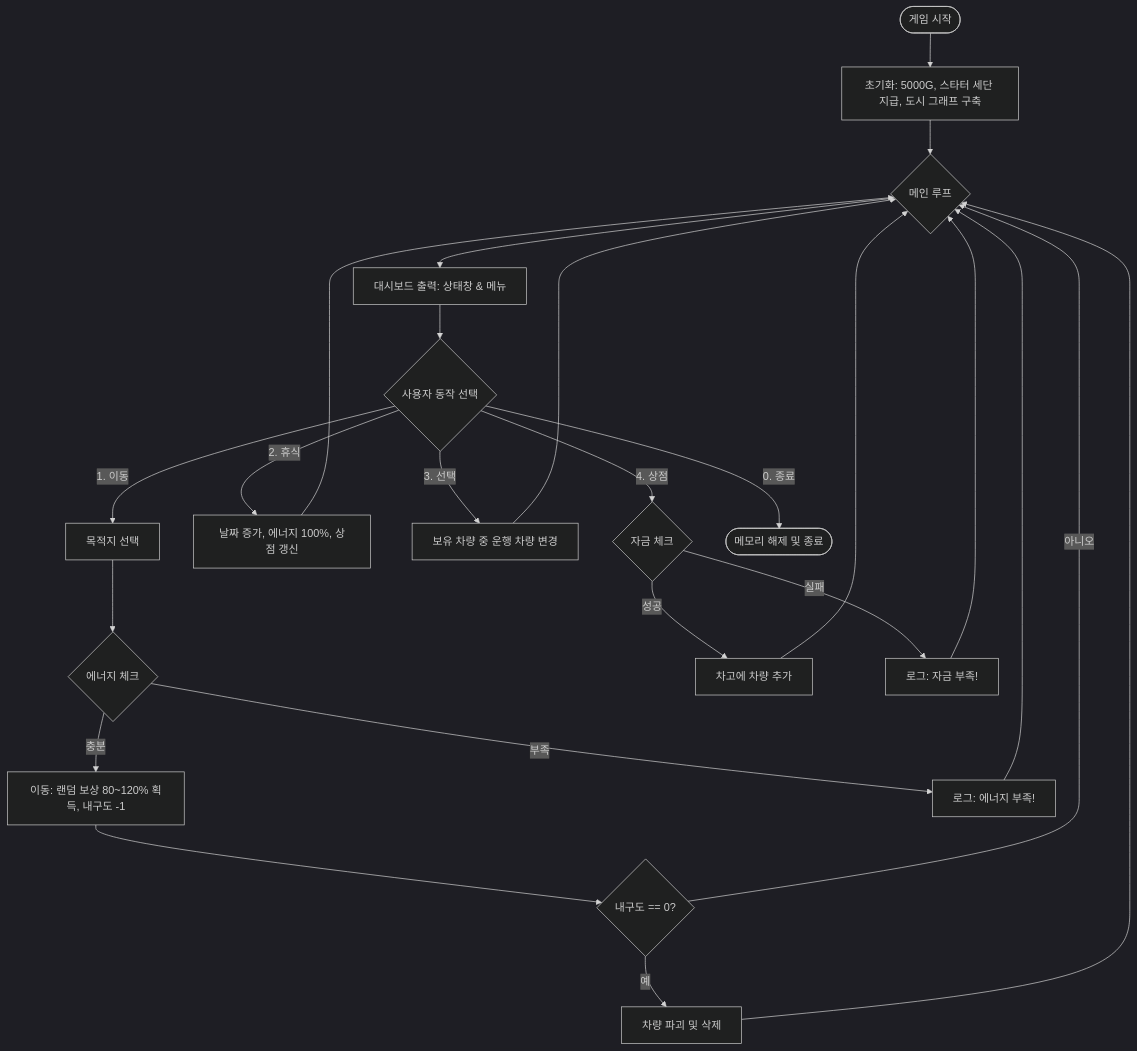
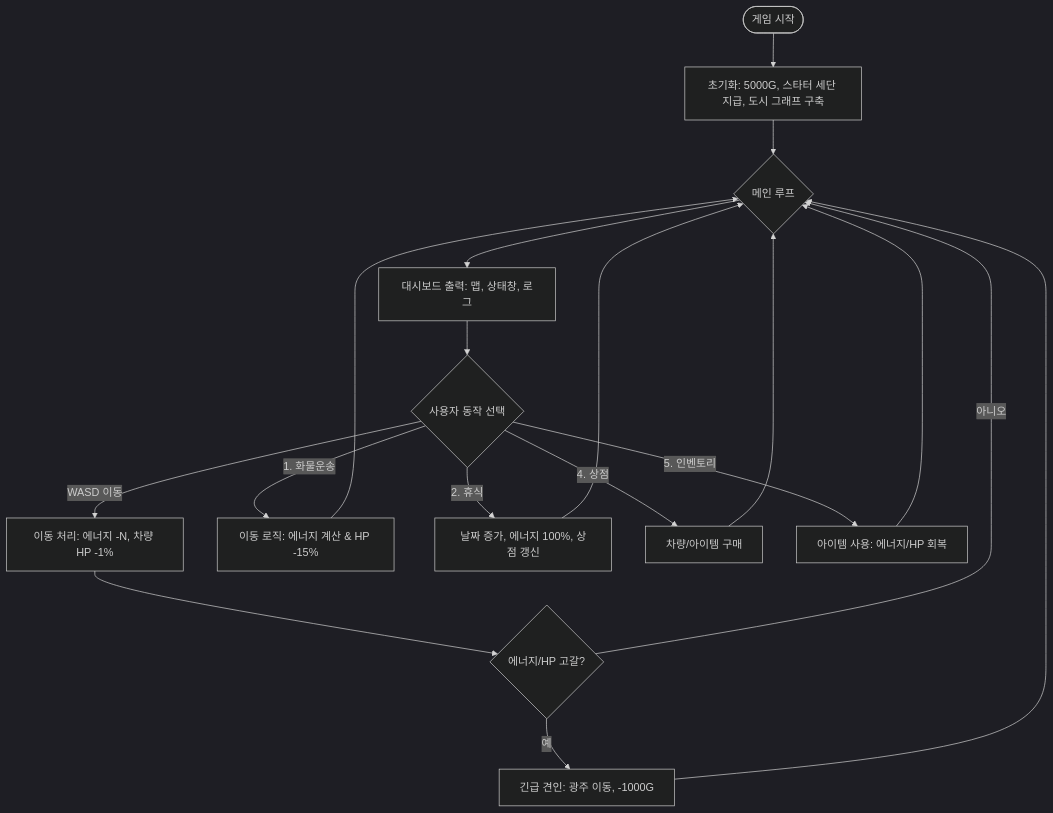
The second of 2 diagrams in PROJECT_PLAN.md (iamfreakin/PolyDrive), drawn with Mermaid (dark theme) before and after one commit. The commit also changed other lines of this file and 3 other files, not shown here.

````diff
--- a/PROJECT_PLAN.md
+++ b/PROJECT_PLAN.md
@@ -89,24 +70,18 @@
 ```mermaid
 graph TD
     Start([게임 시작]) --> Init[초기화: 5000G, 스타터 세단 지급, 도시 그래프 구축]
     Init --> Loop{메인 루프}
     
-    Loop --> UI[대시보드 출력: 상태창 & 메뉴]
+    Loop --> UI[대시보드 출력: 맵, 상태창, 로그]
     UI --> Input{사용자 동작 선택}
     
-    Input -- 1. 이동 --> Route[목적지 선택]
-    Route --> Energy{에너지 체크}
-    Energy -- 충분 --> Drive[이동: 랜덤 보상 80~120% 획득, 내구도 -1]
-    Energy -- 부족 --> Log[로그: 에너지 부족!] --> Loop
-    Drive --> Destroyed{내구도 == 0?}
-    Destroyed -- 예 --> Scrap[차량 파괴 및 삭제] --> Loop
-    Destroyed -- 아니오 --> Loop
+    Input -- WASD 이동 --> Move[이동 처리: 에너지 -N, 차량 HP -1%]
+    Move --> Hazard{에너지/HP 고갈?}
+    Hazard -- 예 --> Tow[긴급 견인: 광주 이동, -1000G] --> Loop
+    Hazard -- 아니오 --> Loop
 
+    Input -- 1. 화물운송 --> Travel[이동 로직: 에너지 계산 & HP -15%] --> Loop
     Input -- 2. 휴식 --> Refill[날짜 증가, 에너지 100%, 상점 갱신] --> Loop
-    Input -- 3. 선택 --> Garage[보유 차량 중 운행 차량 변경] --> Loop
-    Input -- 4. 상점 --> Buy{자금 체크}
-    Buy -- 성공 --> AddGarage[차고에 차량 추가] --> Loop
-    Buy -- 실패 --> Log2[로그: 자금 부족!] --> Loop
-
-    Input -- 0. 종료 --> End([메모리 해제 및 종료])
+    Input -- 4. 상점 --> Shop[차량/아이템 구매] --> Loop
+    Input -- 5. 인벤토리 --> Use[아이템 사용: 에너지/HP 회복] --> Loop
 ```
````
